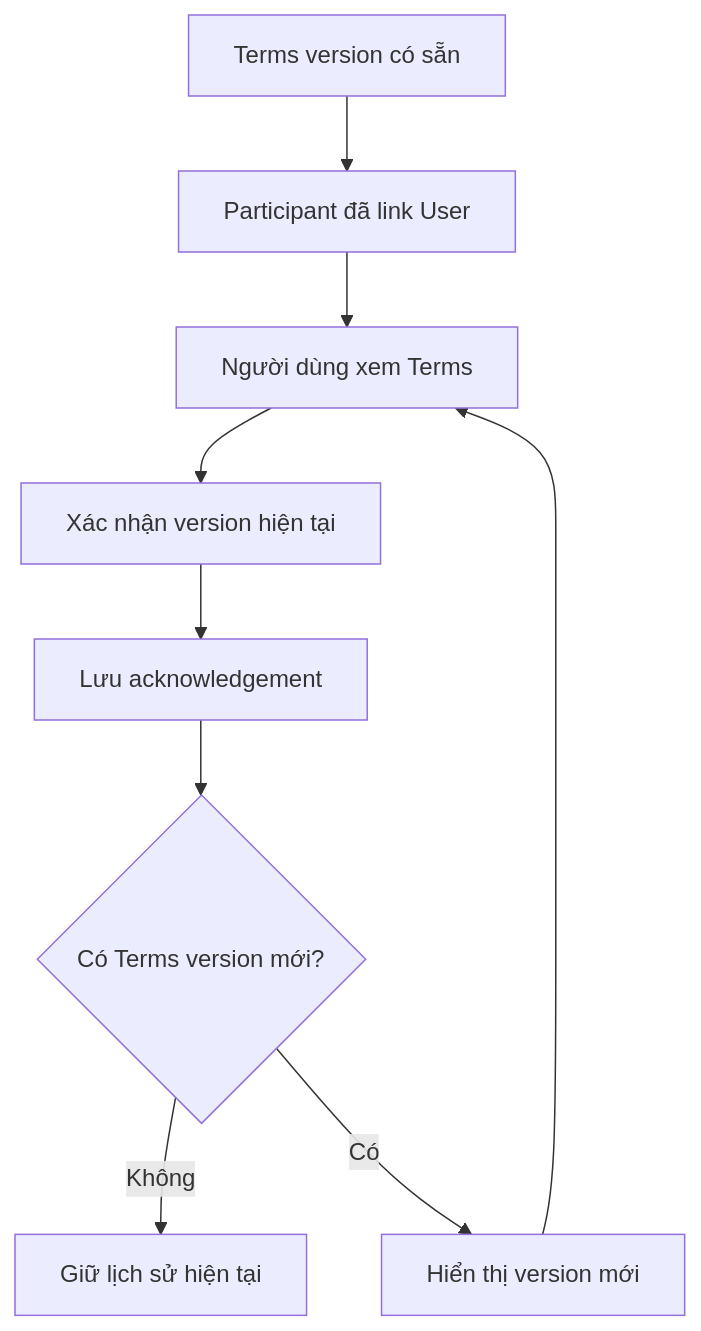
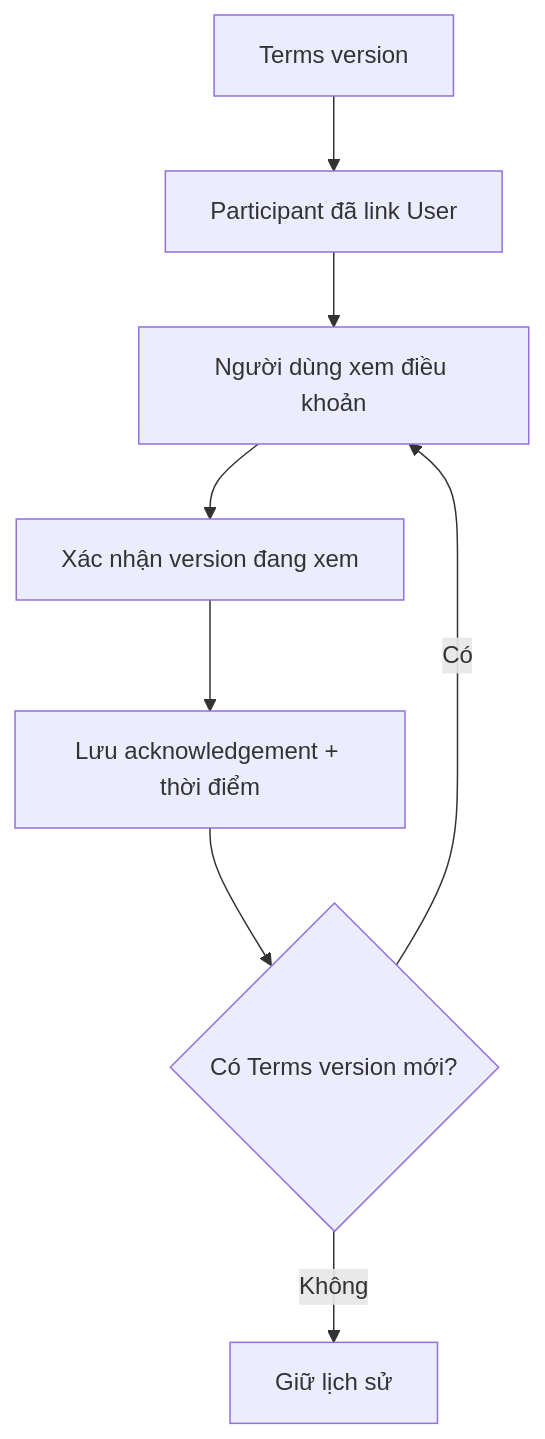
Before and after one commit to Danh20100/moibile_app: the diagram in docs/backlogs/v1/terms-acknowledgement.md, drawn with Mermaid. The commit also changed other lines of this file and 7 other files, not shown here.

````diff
--- a/docs/backlogs/v1/terms-acknowledgement.md
+++ b/docs/backlogs/v1/terms-acknowledgement.md
@@ -27,11 +21,10 @@
 ```mermaid
 flowchart TD
-    A["Terms version có sẵn"] --> B["Participant đã link User"]
-    B --> C["Người dùng xem Terms"]
-    C --> D["Xác nhận version hiện tại"]
-    D --> E["Lưu acknowledgement"]
+    A["Terms version"] --> B["Participant đã link User"]
+    B --> C["Người dùng xem điều khoản"]
+    C --> D["Xác nhận version đang xem"]
+    D --> E["Lưu acknowledgement + thời điểm"]
     E --> F{"Có Terms version mới?"}
-    F -->|"Không"| G["Giữ lịch sử hiện tại"]
-    F -->|"Có"| H["Hiển thị version mới"]
-    H --> C
+    F -->|"Có"| C
+    F -->|"Không"| G["Giữ lịch sử"]
 ```
````
